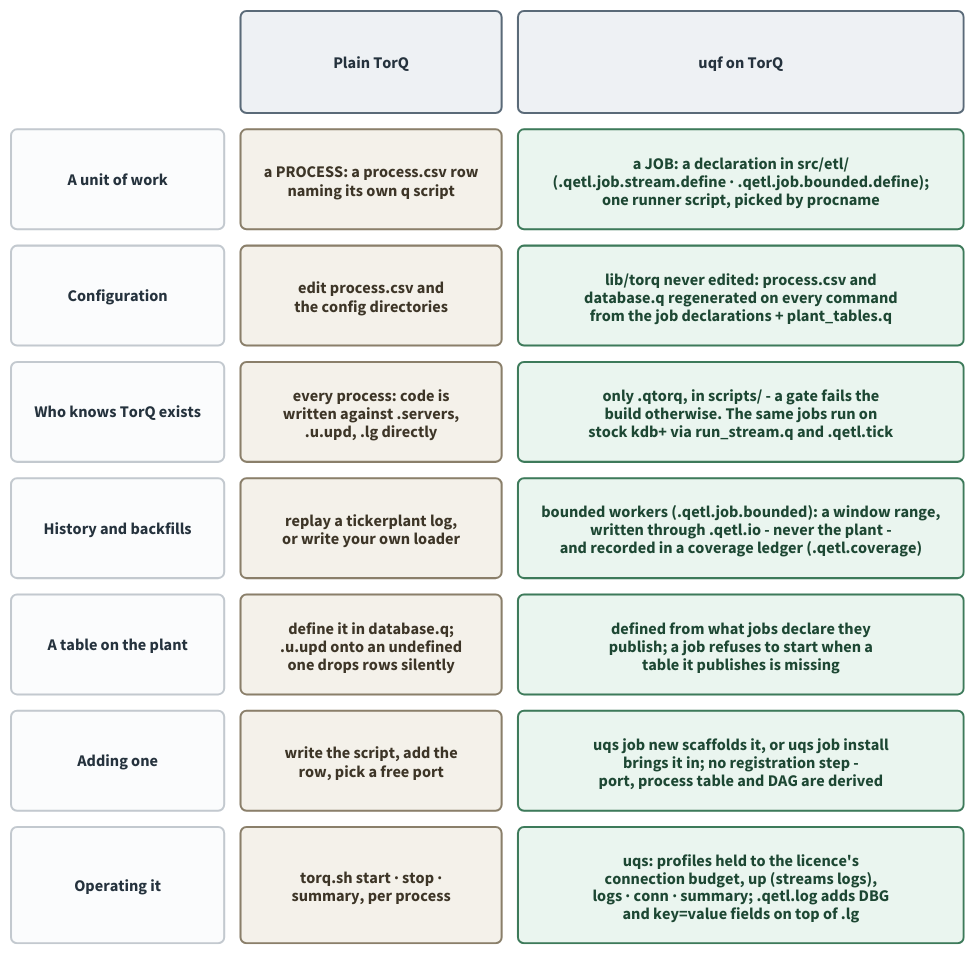
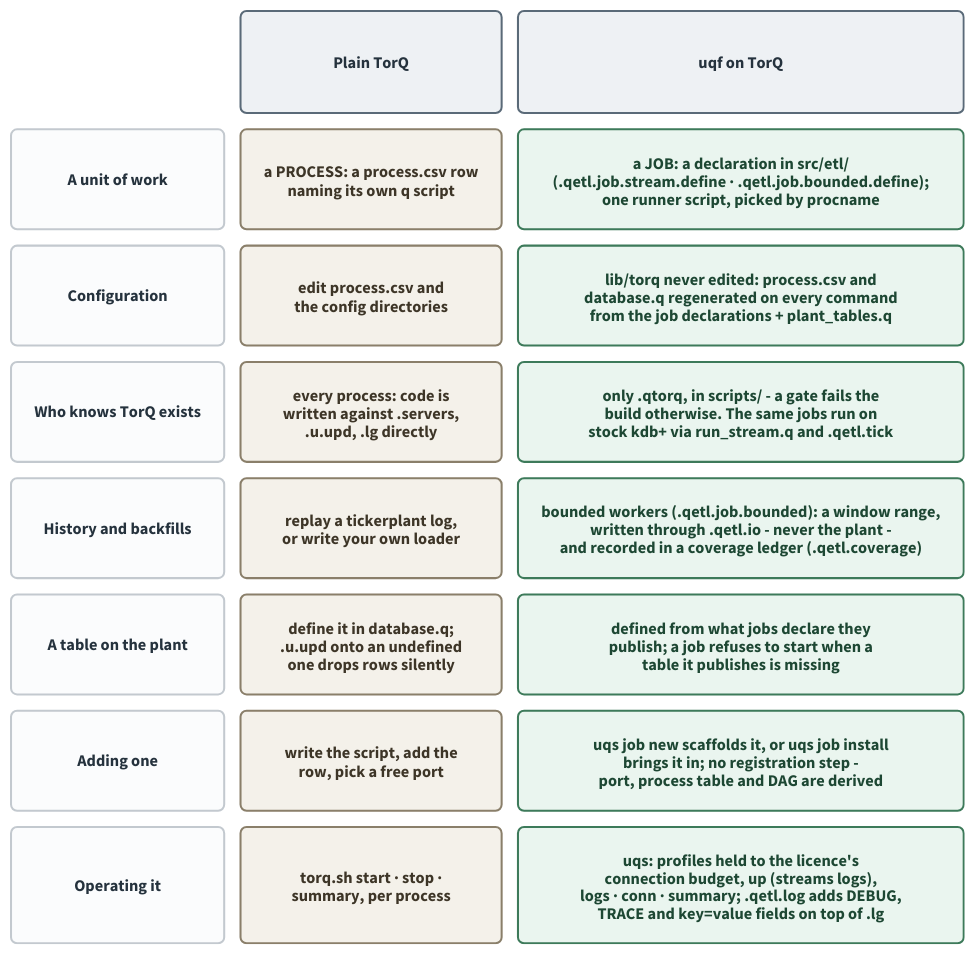
Before and after one commit to kwojdalski/uqf: the diagram in docs/diagrams/torq-vs-uqf.d2, drawn with D2. The commit also changed 48 other files, not shown here.

```diff
--- a/docs/diagrams/torq-vs-uqf.d2
+++ b/docs/diagrams/torq-vs-uqf.d2
@@ -1,103 +1,103 @@
 # torq-vs-uqf.d2 - what uqf changes about running TorQ, row by row.
 #
 # Rendered by scripts/generate/render_diagrams.py, which CI runs with
 # --check. Embedded from docs/presentation/uqf.qmd.
 #
 # WHAT THIS IS FOR. The one-slide answer to "how is this different from
 # TorQ": the same seven questions asked of a plain TorQ Finance Starter Pack
 # deployment and of uqf running on it. TorQ is not replaced - stp1, the
 # RDB/WDB/HDB, discovery and the gateway are TorQ's, unmodified - so every
 # row is about what sits AROUND those processes, not instead of them.
 #
 # Each uqf cell names the thing that implements it, so a reader can go and
 # open it. Each TorQ cell says what TorQ itself provides, checked against
 # lib/torq: a process is a process.csv row naming its own script under
 # ${KDBCODE}/processes/, and its log levels are ERROR/ERR/INF/WARN.
 #
 # ON COLOUR. The palette of repo-overview.d2: light fills with dark text in
 # both themes, since d2 applies explicit styles over a --dark-theme pairing
 # (d2lang/d2#831).
 
 grid-rows: 8
 grid-columns: 3
 grid-gap: 16
 
 vars: {
   d2-config: {
     pad: 40
   }
 }
 
 classes: {
   head: {
     style: {
       fill: "#eef1f4"
       stroke: "#5a6a78"
       font-color: "#25323d"
       border-radius: 6
       bold: true
     }
   }
   aspect: {
     style: {
       fill: "#fbfcfd"
       stroke: "#c3c9cf"
       font-color: "#25323d"
       border-radius: 6
       bold: true
     }
   }
   torq: {
     style: {
       fill: "#f4f1ea"
       stroke: "#8a7f6a"
       font-color: "#3d3527"
       border-radius: 6
     }
   }
   uqf: {
     style: {
       fill: "#eaf5ef"
       stroke: "#3d7a5a"
       font-color: "#1d4733"
       border-radius: 6
     }
   }
 }
 
 # LAYOUT. grid-rows comes before grid-columns on purpose: in d2 0.9.0 the
 # first one declared sets the fill direction, and with grid-columns alone
 # d2 balances column heights instead of aligning rows. So the grid fills
 # row by row, and each group of three below is one row.
 
 h0: "" { class: aspect; style.fill: transparent; style.stroke: transparent }
 h1: "Plain TorQ" { class: head }
 h2: "uqf on TorQ" { class: head }
 
 a1: "A unit of work" { class: aspect }
 t1: "a PROCESS: a process.csv row\nnaming its own q script" { class: torq }
 u1: "a JOB: a declaration in src/etl/\n(.qetl.job.stream.define · .qetl.job.bounded.define);\none runner script, picked by procname" { class: uqf }
 
 a2: "Configuration" { class: aspect }
 t2: "edit process.csv and\nthe config directories" { class: torq }
 u2: "lib/torq never edited: process.csv and\ndatabase.q regenerated on every command\nfrom the job declarations + plant_tables.q" { class: uqf }
 
 a3: "Who knows TorQ exists" { class: aspect }
 t3: "every process: code is\nwritten against .servers,\n.u.upd, .lg directly" { class: torq }
 u3: "only .qtorq, in scripts/ - a gate fails the\nbuild otherwise. The same jobs run on\nstock kdb+ via run_stream.q and .qetl.tick" { class: uqf }
 
 a4: "History and backfills" { class: aspect }
 t4: "replay a tickerplant log,\nor write your own loader" { class: torq }
 u4: "bounded workers (.qetl.job.bounded): a window range,\nwritten through .qetl.io - never the plant -\nand recorded in a coverage ledger (.qetl.coverage)" { class: uqf }
 
 a5: "A table on the plant" { class: aspect }
 t5: "define it in database.q;\n.u.upd onto an undefined\none drops rows silently" { class: torq }
 u5: "defined from what jobs declare they\npublish; a job refuses to start when a\ntable it publishes is missing" { class: uqf }
 
 a6: "Adding one" { class: aspect }
 t6: "write the script, add the\nrow, pick a free port" { class: torq }
 u6: "uqs job new scaffolds it, or uqs job install\nbrings it in; no registration step -\nport, process table and DAG are derived" { class: uqf }
 
 a7: "Operating it" { class: aspect }
 t7: "torq.sh start · stop ·\nsummary, per process" { class: torq }
-u7: "uqs: profiles held to the licence's\nconnection budget, up (streams logs),\nlogs · conn · summary; .qetl.log adds DBG\nand key=value fields on top of .lg" { class: uqf }
+u7: "uqs: profiles held to the licence's\nconnection budget, up (streams logs),\nlogs · conn · summary; .qetl.log adds DEBUG,\nTRACE and key=value fields on top of .lg" { class: uqf }
```
